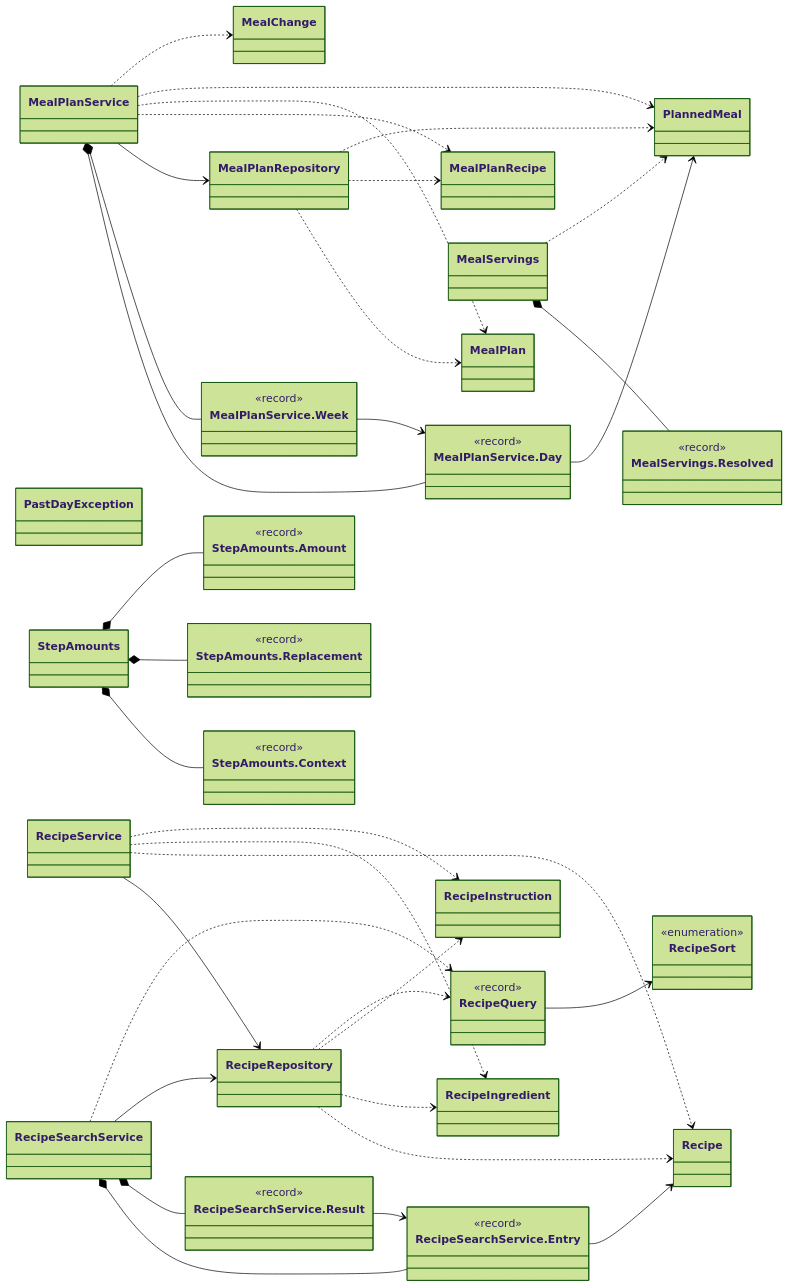
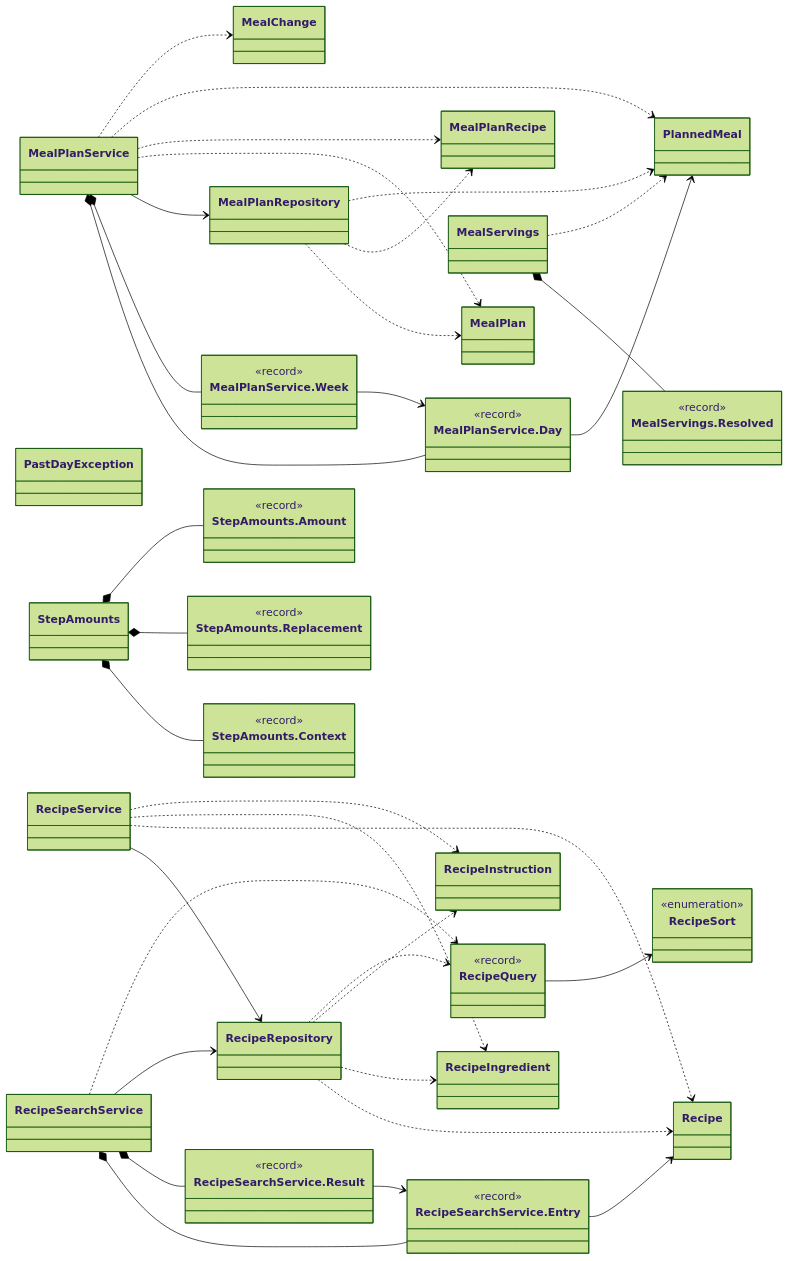
One commit to Nate-ryan-7690/dahaem changed the first of 26 diagrams in docs/classes/mealplanner.md. Above: the diagram before and after it, drawn with Mermaid (forest theme). The commit also changed other lines of this file and 4 other files, not shown here.

````diff
--- a/docs/classes/mealplanner.md
+++ b/docs/classes/mealplanner.md
@@ -11,81 +11,81 @@
 ```mermaid
 classDiagram
     direction LR
     class mealplanner_MealChange["MealChange"]
     class mealplanner_MealPlan["MealPlan"]
     class mealplanner_MealPlanRecipe["MealPlanRecipe"]
     class mealplanner_MealPlanRepository["MealPlanRepository"]
     class mealplanner_MealPlanService["MealPlanService"]
     class mealplanner_MealPlanService_Day["MealPlanService.Day"] {
         <<record>>
     }
     class mealplanner_MealPlanService_Week["MealPlanService.Week"] {
         <<record>>
     }
     class mealplanner_MealServings["MealServings"]
     class mealplanner_MealServings_Resolved["MealServings.Resolved"] {
         <<record>>
     }
     class mealplanner_PastDayException["PastDayException"]
     class mealplanner_PlannedMeal["PlannedMeal"]
     class mealplanner_Recipe["Recipe"]
     class mealplanner_RecipeIngredient["RecipeIngredient"]
     class mealplanner_RecipeInstruction["RecipeInstruction"]
     class mealplanner_RecipeQuery["RecipeQuery"] {
         <<record>>
     }
     class mealplanner_RecipeRepository["RecipeRepository"]
     class mealplanner_RecipeSearchService["RecipeSearchService"]
     class mealplanner_RecipeSearchService_Entry["RecipeSearchService.Entry"] {
         <<record>>
     }
     class mealplanner_RecipeSearchService_Result["RecipeSearchService.Result"] {
         <<record>>
     }
     class mealplanner_RecipeService["RecipeService"]
     class mealplanner_RecipeSort["RecipeSort"] {
         <<enumeration>>
     }
     class mealplanner_StepAmounts["StepAmounts"]
     class mealplanner_StepAmounts_Context["StepAmounts.Context"] {
         <<record>>
     }
     class mealplanner_StepAmounts_Replacement["StepAmounts.Replacement"] {
         <<record>>
     }
     class mealplanner_StepAmounts_Amount["StepAmounts.Amount"] {
         <<record>>
     }
     mealplanner_MealPlanRepository ..> mealplanner_MealPlan
     mealplanner_MealPlanRepository ..> mealplanner_MealPlanRecipe
     mealplanner_MealPlanRepository ..> mealplanner_PlannedMeal
     mealplanner_MealPlanService *-- mealplanner_MealPlanService_Day
     mealplanner_MealPlanService *-- mealplanner_MealPlanService_Week
     mealplanner_MealPlanService --> mealplanner_MealPlanRepository
+    mealplanner_MealPlanService ..> mealplanner_MealPlan
     mealplanner_MealPlanService ..> mealplanner_MealPlanRecipe
-    mealplanner_MealPlanService ..> mealplanner_MealPlan
     mealplanner_MealPlanService ..> mealplanner_PlannedMeal
     mealplanner_MealPlanService ..> mealplanner_MealChange
     mealplanner_MealPlanService_Day --> mealplanner_PlannedMeal
     mealplanner_MealPlanService_Week --> mealplanner_MealPlanService_Day
     mealplanner_MealServings *-- mealplanner_MealServings_Resolved
     mealplanner_MealServings ..> mealplanner_PlannedMeal
     mealplanner_RecipeQuery --> mealplanner_RecipeSort
     mealplanner_RecipeRepository ..> mealplanner_Recipe
     mealplanner_RecipeRepository ..> mealplanner_RecipeIngredient
     mealplanner_RecipeRepository ..> mealplanner_RecipeInstruction
     mealplanner_RecipeRepository ..> mealplanner_RecipeQuery
     mealplanner_RecipeSearchService *-- mealplanner_RecipeSearchService_Entry
     mealplanner_RecipeSearchService *-- mealplanner_RecipeSearchService_Result
     mealplanner_RecipeSearchService --> mealplanner_RecipeRepository
     mealplanner_RecipeSearchService ..> mealplanner_RecipeQuery
     mealplanner_RecipeSearchService_Entry --> mealplanner_Recipe
     mealplanner_RecipeSearchService_Result --> mealplanner_RecipeSearchService_Entry
     mealplanner_RecipeService --> mealplanner_RecipeRepository
     mealplanner_RecipeService ..> mealplanner_Recipe
     mealplanner_RecipeService ..> mealplanner_RecipeIngredient
     mealplanner_RecipeService ..> mealplanner_RecipeInstruction
     mealplanner_StepAmounts *-- mealplanner_StepAmounts_Context
     mealplanner_StepAmounts *-- mealplanner_StepAmounts_Replacement
     mealplanner_StepAmounts *-- mealplanner_StepAmounts_Amount
 ```
````
